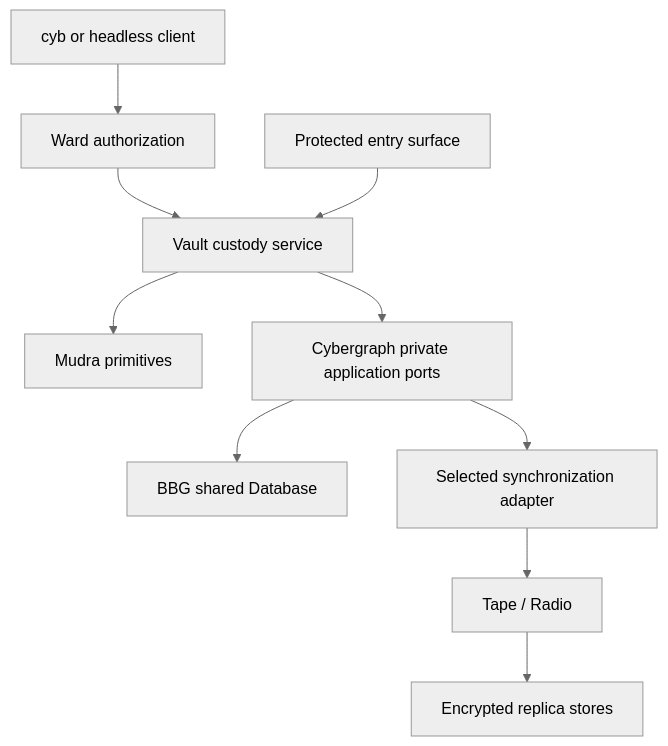
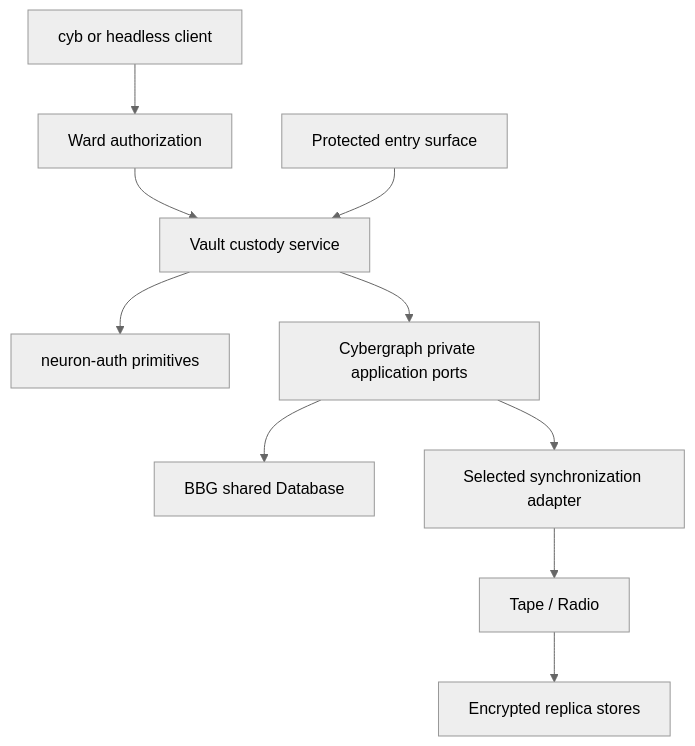
The diagram in specs/architecture.md (cyberia-to/vault), drawn with Mermaid (neutral theme) before and after one commit. The commit also changed other lines of this file and 11 other files, not shown here.

First line of the commit message:
fix: close R1-R6 of the review — neuron-auth owners, cargo fmt, AGENTS.md

````diff
--- a/specs/architecture.md
+++ b/specs/architecture.md
@@ -29,12 +29,12 @@
 ```mermaid
 flowchart TD
     Client[cyb or headless client] --> Ward[Ward authorization]
     Ward --> Vault[Vault custody service]
     Input[Protected entry surface] --> Vault
-    Vault --> Mudra[Mudra primitives]
+    Vault --> Auth[neuron-auth primitives]
     Vault --> Graph[Cybergraph private application ports]
     Graph --> DB[BBG shared Database]
     Graph --> Sync[Selected synchronization adapter]
     Sync --> Transport[Tape / Radio]
     Transport --> Replicas[Encrypted replica stores]
 ```
````
